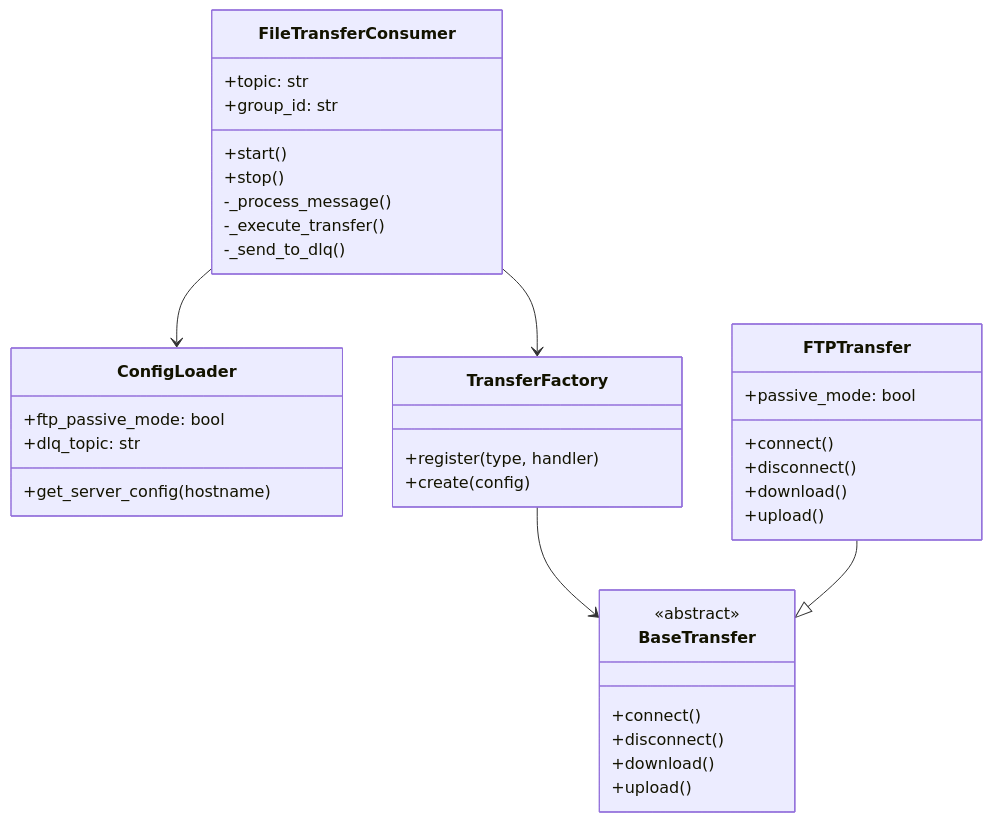
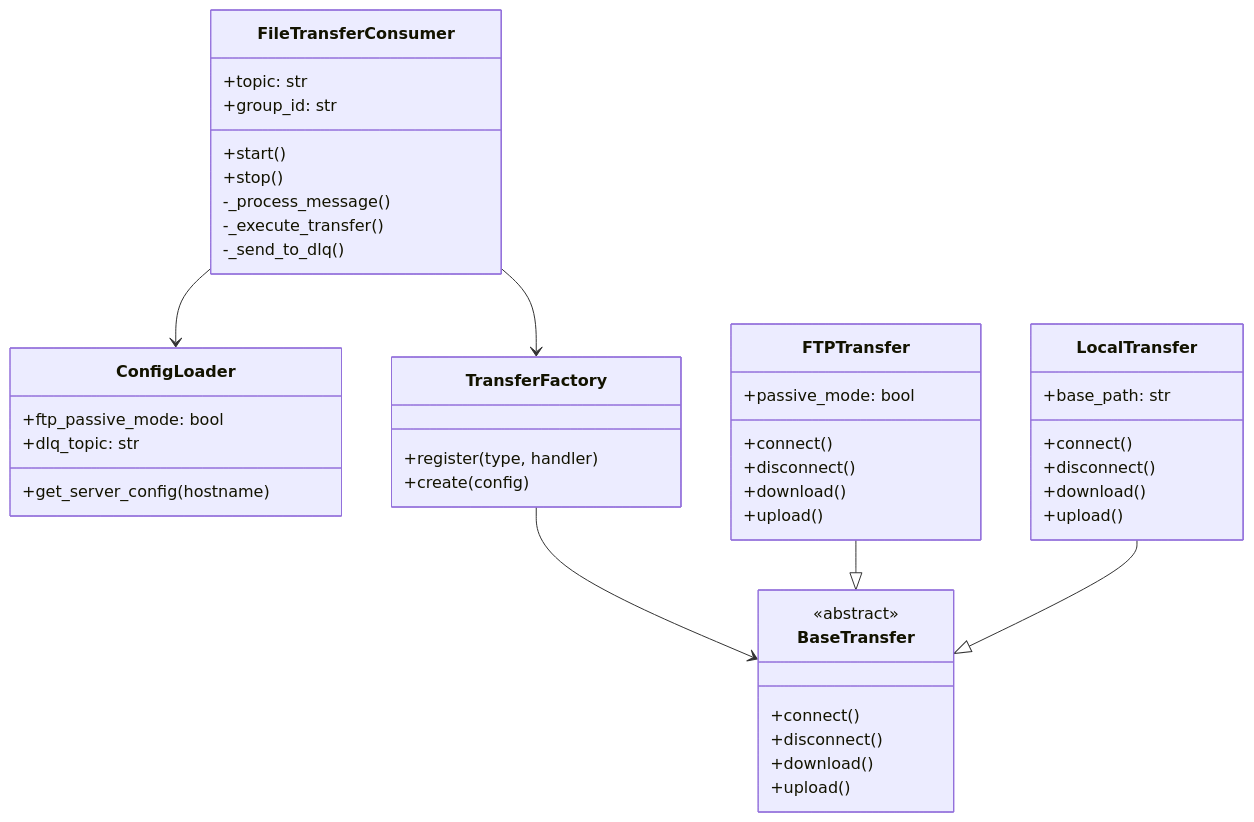
Before and after one commit to nineking424/etl-file-sync: the second of 3 diagrams in README.md, drawn with Mermaid. The commit also changed other lines of this file, not shown here.

First line of the commit message:
docs: README.md에 LocalTransfer 지원 문서화

````diff
--- a/README.md
+++ b/README.md
@@ -453,44 +466,53 @@
 ```mermaid
 classDiagram
     class FileTransferConsumer {
         +topic: str
         +group_id: str
         +start()
         +stop()
         -_process_message()
         -_execute_transfer()
         -_send_to_dlq()
     }
 
     class ConfigLoader {
         +ftp_passive_mode: bool
         +dlq_topic: str
         +get_server_config(hostname)
     }
 
     class BaseTransfer {
         <<abstract>>
         +connect()
         +disconnect()
         +download()
         +upload()
     }
 
     class FTPTransfer {
         +passive_mode: bool
         +connect()
         +disconnect()
         +download()
         +upload()
     }
 
+    class LocalTransfer {
+        +base_path: str
+        +connect()
+        +disconnect()
+        +download()
+        +upload()
+    }
+
     class TransferFactory {
         +register(type, handler)
         +create(config)
     }
 
     FileTransferConsumer --> ConfigLoader
     FileTransferConsumer --> TransferFactory
     TransferFactory --> BaseTransfer
     FTPTransfer --|> BaseTransfer
+    LocalTransfer --|> BaseTransfer
 ```
````
